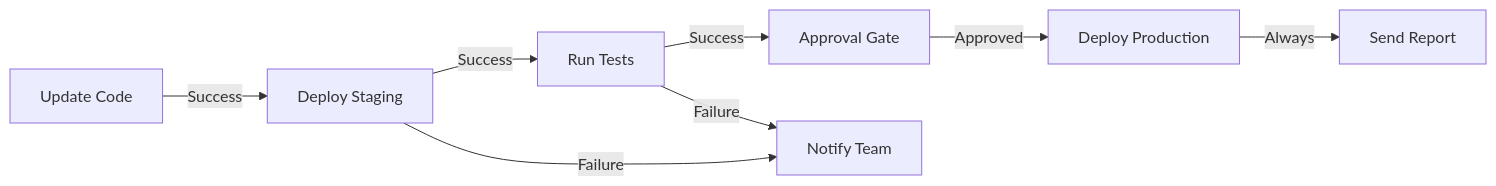
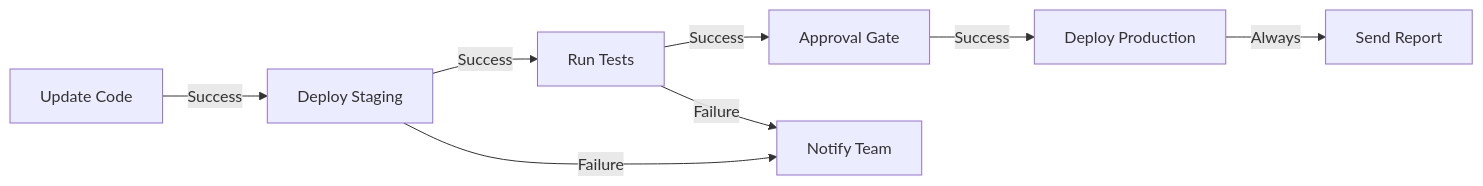
One commit to OneUptime/blog changed the first of 3 diagrams in posts/2026-02-21-create-workflow-templates-awx/README.md. Above: the diagram before and after it, drawn with Mermaid. The commit also changed other lines of this file and 2 other files, not shown here.

````diff
--- a/posts/2026-02-21-create-workflow-templates-awx/README.md
+++ b/posts/2026-02-21-create-workflow-templates-awx/README.md
@@ -21,10 +21,10 @@
 ```mermaid
 graph LR
     A[Update Code] -->|Success| B[Deploy Staging]
     B -->|Success| C[Run Tests]
     C -->|Success| D[Approval Gate]
-    D -->|Approved| E[Deploy Production]
+    D -->|Success| E[Deploy Production]
     C -->|Failure| F[Notify Team]
     B -->|Failure| F
     E -->|Always| G[Send Report]
 ```
````
